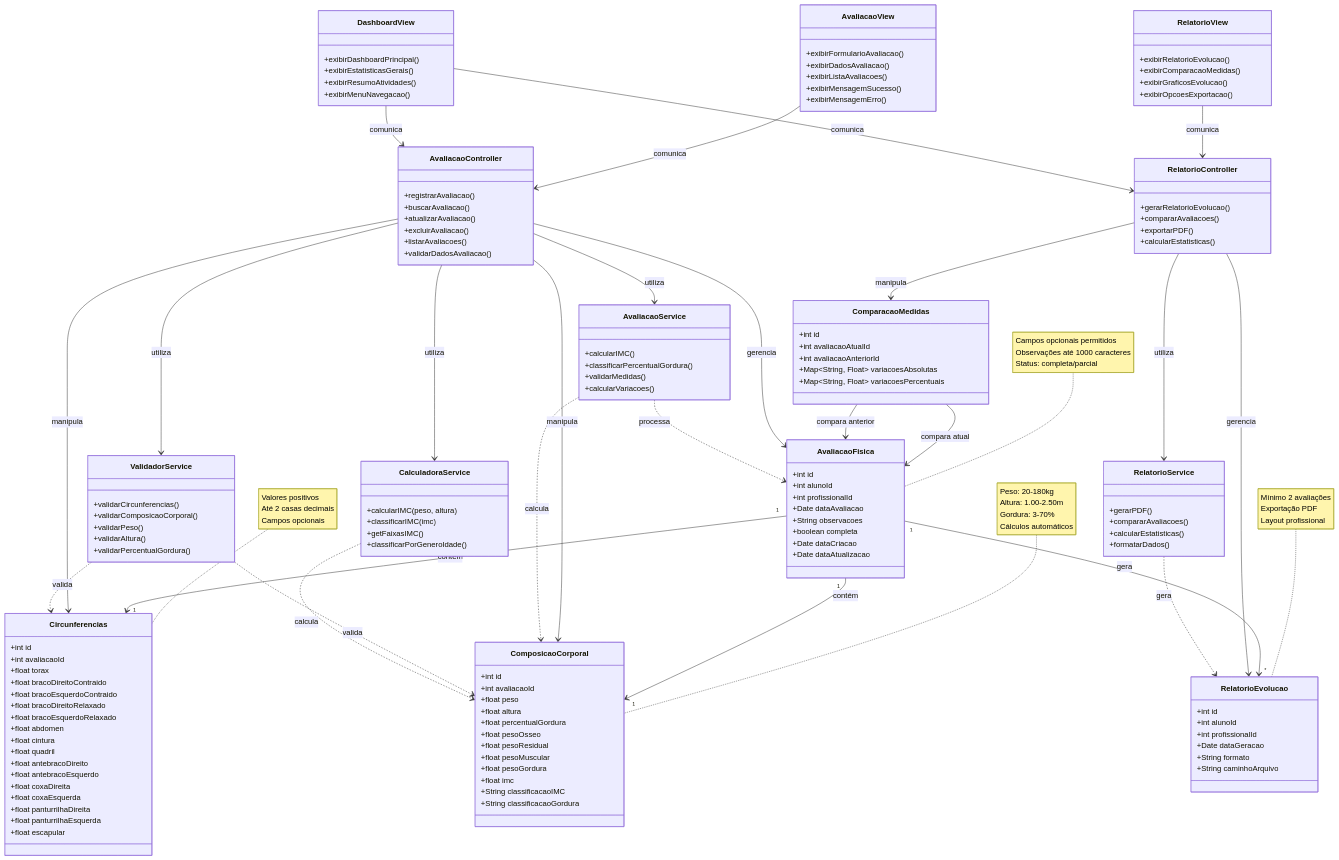
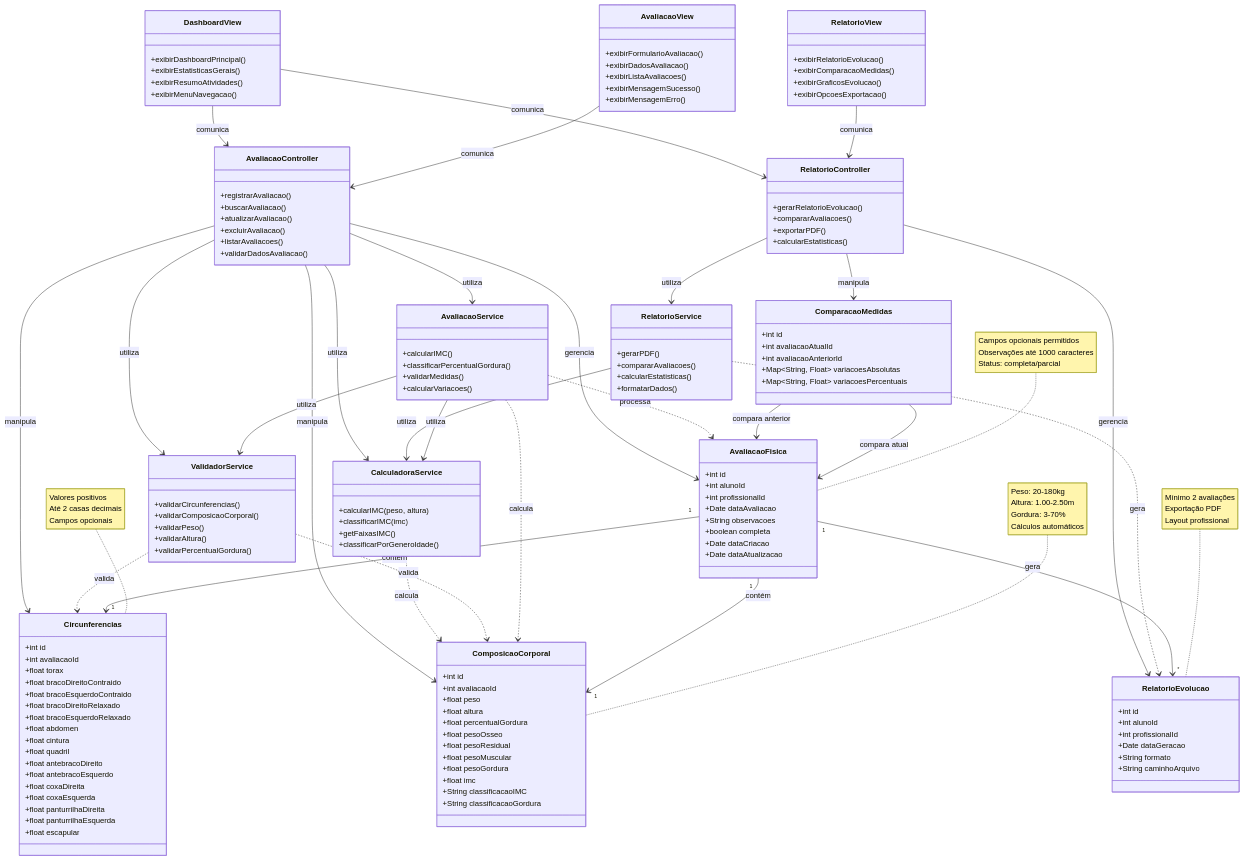
One commit to elainefabiola/Registro-de-evolu-o-f-sica changed the diagram in diagrama_classes.md. Above: the diagram before and after it, drawn with Mermaid. The commit also changed other lines of this file and 1 other file, not shown here.

Commit message:
Diagrama de classe

````diff
--- a/diagrama_classes.md
+++ b/diagrama_classes.md
@@ -5,6 +5,8 @@
 ```mermaid
 classDiagram
-    %% ===== CAMADA MODEL (MODELOS) =====
+    %% ===== CAMADA MODEL (MODELOS + SERVIÇOS + UTILITÁRIOS) =====
+    
+    %% Entidades Principais
     class AvaliacaoFisica {
         +int id
         +int alunoId
@@ -68,6 +70,36 @@
         +Map~String, Float~ variacoesPercentuais
     }
 
+    %% Serviços e Utilitários (Parte da Camada Model)
+    class AvaliacaoService {
+        +calcularIMC()
+        +classificarPercentualGordura()
+        +validarMedidas()
+        +calcularVariacoes()
+    }
+
+    class RelatorioService {
+        +gerarPDF()
+        +compararAvaliacoes()
+        +calcularEstatisticas()
+        +formatarDados()
+    }
+
+    class ValidadorService {
+        +validarCircunferencias()
+        +validarComposicaoCorporal()
+        +validarPeso()
+        +validarAltura()
+        +validarPercentualGordura()
+    }
+
+    class CalculadoraService {
+        +calcularIMC(peso, altura)
+        +classificarIMC(imc)
+        +getFaixasIMC()
+        +classificarPorGeneroIdade()
+    }
+
     %% ===== CAMADA CONTROLLER (CONTROLADORES) =====
     class AvaliacaoController {
         +registrarAvaliacao()
@@ -108,36 +140,6 @@
         +exibirMenuNavegacao()
     }
 
-    %% ===== SERVIÇOS E UTILITÁRIOS =====
-    class AvaliacaoService {
-        +calcularIMC()
-        +classificarPercentualGordura()
-        +validarMedidas()
-        +calcularVariacoes()
-    }
-
-    class RelatorioService {
-        +gerarPDF()
-        +compararAvaliacoes()
-        +calcularEstatisticas()
-        +formatarDados()
-    }
-
-    class ValidadorService {
-        +validarCircunferencias()
-        +validarComposicaoCorporal()
-        +validarPeso()
-        +validarAltura()
-        +validarPercentualGordura()
-    }
-
-    class CalculadoraService {
-        +calcularIMC(peso, altura)
-        +classificarIMC(imc)
-        +getFaixasIMC()
-        +classificarPorGeneroIdade()
-    }
-
     %% ===== RELACIONAMENTOS MVC =====
     
     %% Relacionamentos Model (Entidades)
@@ -149,33 +151,36 @@
     ComparacaoMedidas --> AvaliacaoFisica : compara atual
     ComparacaoMedidas --> AvaliacaoFisica : compara anterior
     
-    %% Relacionamentos Controller -> Model
+    %% Relacionamentos Service -> Model (Entidades)
+    AvaliacaoService ..> AvaliacaoFisica : processa
+    AvaliacaoService ..> ComposicaoCorporal : calcula
+    RelatorioService ..> RelatorioEvolucao : gera
+    ValidadorService ..> Circunferencias : valida
+    ValidadorService ..> ComposicaoCorporal : valida
+    CalculadoraService ..> ComposicaoCorporal : calcula
+    
+    %% Relacionamentos Service -> Service
+    AvaliacaoService --> ValidadorService : utiliza
+    AvaliacaoService --> CalculadoraService : utiliza
+    RelatorioService --> CalculadoraService : utiliza
+    
+    %% Relacionamentos Controller -> Model (Entidades + Services)
     AvaliacaoController --> AvaliacaoFisica : gerencia
     AvaliacaoController --> Circunferencias : manipula
     AvaliacaoController --> ComposicaoCorporal : manipula
+    AvaliacaoController --> AvaliacaoService : utiliza
+    AvaliacaoController --> ValidadorService : utiliza
+    AvaliacaoController --> CalculadoraService : utiliza
     
     RelatorioController --> RelatorioEvolucao : gerencia
     RelatorioController --> ComparacaoMedidas : manipula
-    
-    %% Relacionamentos Controller -> Service
-    AvaliacaoController --> AvaliacaoService : utiliza
     RelatorioController --> RelatorioService : utiliza
-    AvaliacaoController --> ValidadorService : utiliza
-    AvaliacaoController --> CalculadoraService : utiliza
     
     %% Relacionamentos View -> Controller
     AvaliacaoView --> AvaliacaoController : comunica
     RelatorioView --> RelatorioController : comunica
     DashboardView --> AvaliacaoController : comunica
     DashboardView --> RelatorioController : comunica
-    
-    %% Relacionamentos Service -> Model
-    AvaliacaoService ..> AvaliacaoFisica : processa
-    AvaliacaoService ..> ComposicaoCorporal : calcula
-    RelatorioService ..> RelatorioEvolucao : gera
-    ValidadorService ..> Circunferencias : valida
-    ValidadorService ..> ComposicaoCorporal : valida
-    CalculadoraService ..> ComposicaoCorporal : calcula
 
     %% Notas e Observações
     note for AvaliacaoFisica "Campos opcionais permitidos<br/>Observações até 1000 caracteres<br/>Status: completa/parcial"
````
